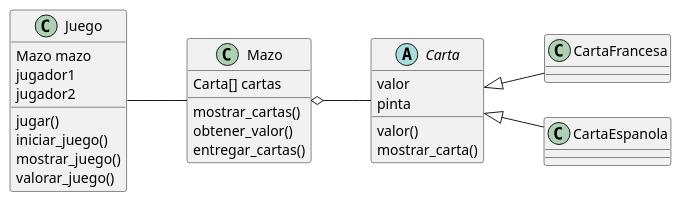
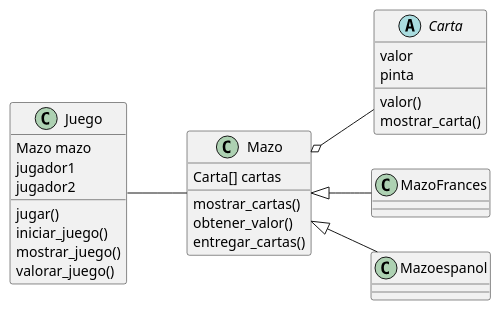
The diagram in Diagramas/Clases.plantuml (Andss-ye/Practica_UML), drawn with PlantUML before and after one commit. The commit also changed 2 other files, not shown here.

```diff
--- a/Diagramas/Clases.plantuml
+++ b/Diagramas/Clases.plantuml
@@ -1,30 +1,30 @@
 @startuml
 left to right direction
 abstract Carta
-Carta <|-- CartaFrancesa
-Carta <|-- CartaEspanola
+Mazo <|-- MazoFrances
+Mazo <|-- Mazoespanol
 Mazo o-- Carta
 Juego -- Mazo
 
 Juego : Mazo mazo
 Juego : jugador1
 Juego : jugador2
 
 
 Juego : jugar()
 Juego : iniciar_juego()
 Juego : mostrar_juego()
 Juego : valorar_juego()
 
 Carta : valor
 Carta : pinta
 
 Carta : valor()
 Carta : mostrar_carta()
 
 Mazo : Carta[] cartas
 Mazo : mostrar_cartas()
 Mazo : obtener_valor()
 Mazo : entregar_cartas()
 
 @enduml
```
